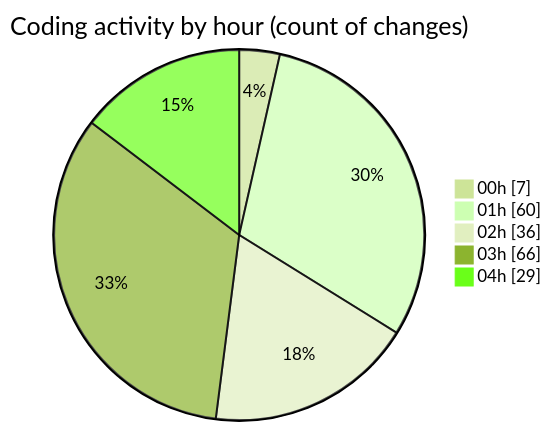
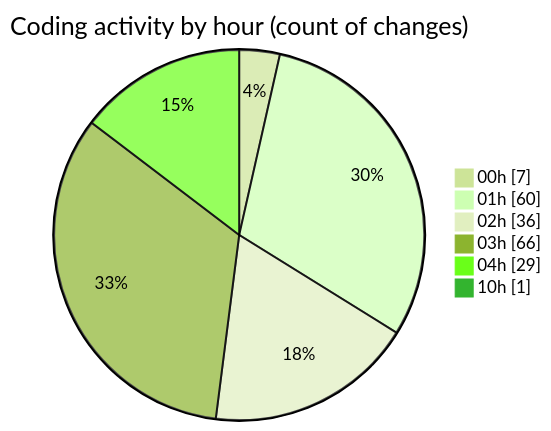
One commit to julien-gomy/code-tracking changed the second of 2 diagrams in 2025-10-07/eventscop-frontend-guide__workspace_/README.md. Above: the diagram before and after it, drawn with Mermaid (forest theme). The commit also changed other lines of this file and 1 other file, not shown here.

````diff
--- a/2025-10-07/eventscop-frontend-guide__workspace_/README.md
+++ b/2025-10-07/eventscop-frontend-guide__workspace_/README.md
@@ -93,9 +94,10 @@
 ```mermaid
 pie showData
 title Coding activity by hour (count of changes)
 "00h" : 7
 "01h" : 60
 "02h" : 36
 "03h" : 66
 "04h" : 29
+"10h" : 1
 ```
````
